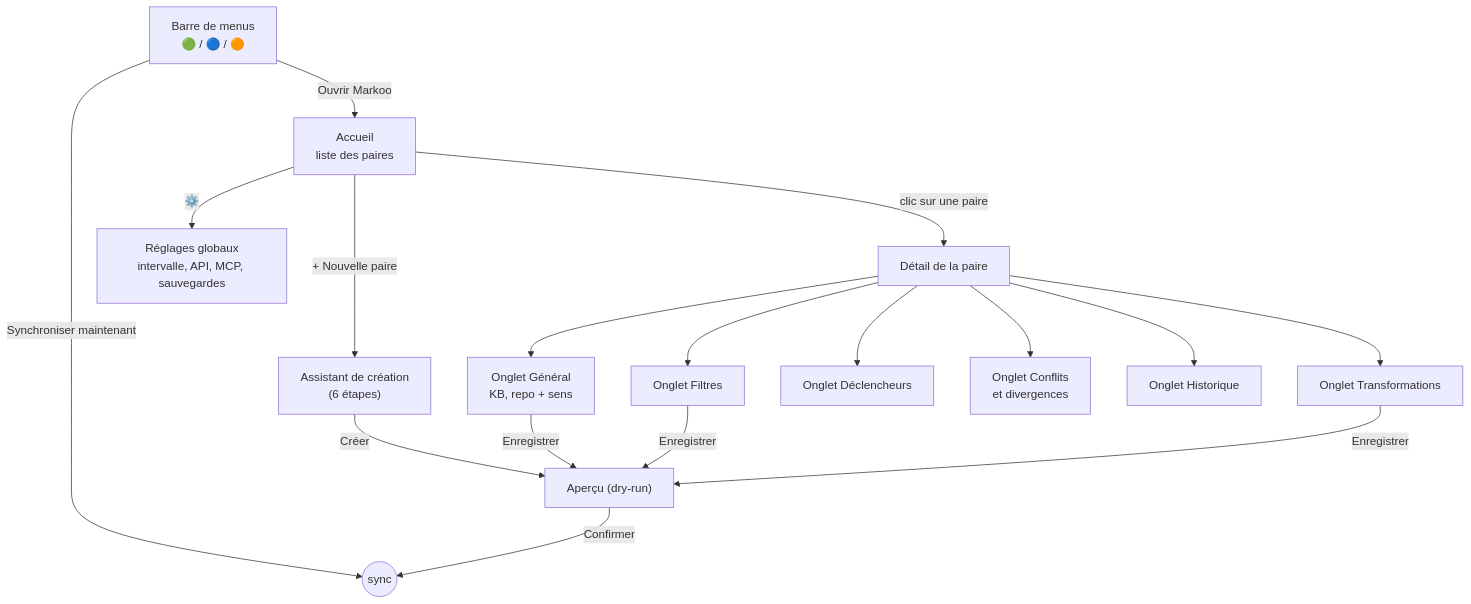
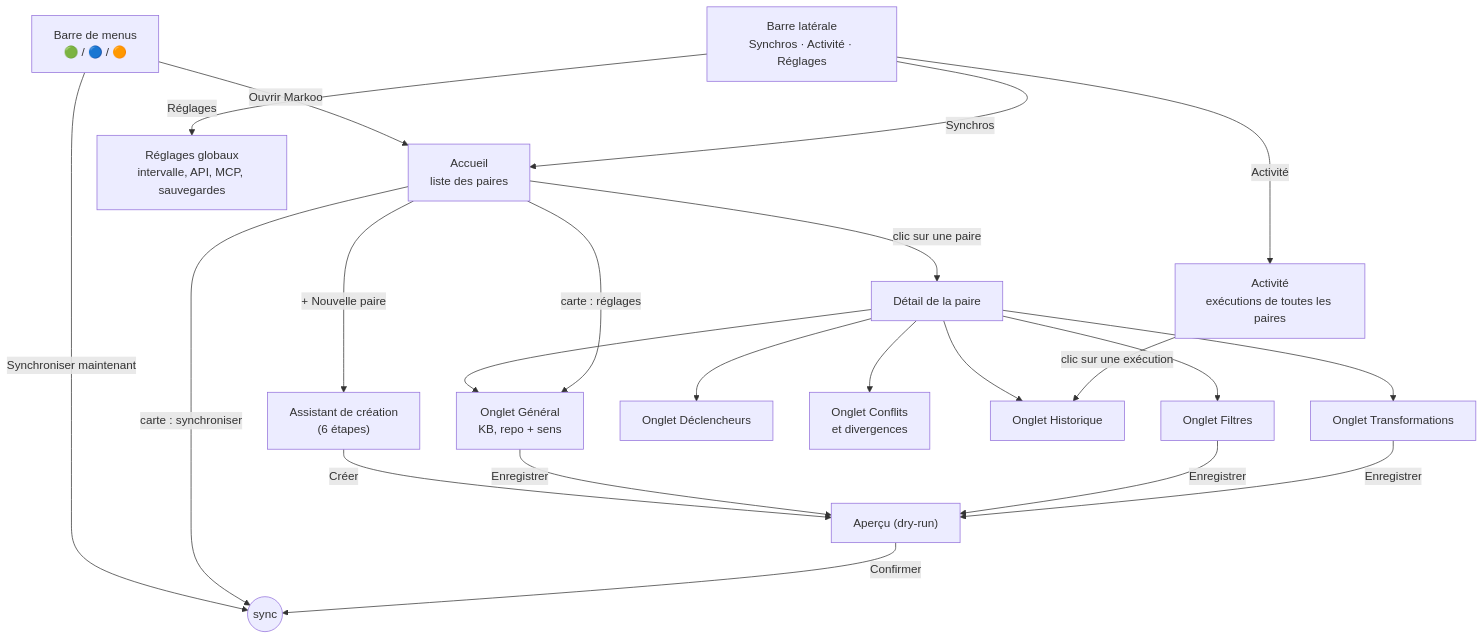
Before and after one commit to studoo-app/markoo: the second of 4 diagrams in documentation/fr/08-interface-de-configuration.md, drawn with Mermaid. The commit also changed other lines of this file and 5 other files, not shown here.

````diff
--- a/documentation/fr/08-interface-de-configuration.md
+++ b/documentation/fr/08-interface-de-configuration.md
@@ -43,17 +43,22 @@
 ```mermaid
 flowchart TD
     MB["Barre de menus<br/>🟢 / 🔵 / 🟠"] -->|Ouvrir Markoo| HOME
     MB -->|Synchroniser maintenant| SYNC((sync))
     HOME["Accueil<br/>liste des paires"] -->|+ Nouvelle paire| WIZ["Assistant de création<br/>(6 étapes)"]
     HOME -->|clic sur une paire| PAIR["Détail de la paire"]
     PAIR --> T1["Onglet Général<br/>KB, repo + sens"]
     PAIR --> T2["Onglet Filtres"]
     PAIR --> T3["Onglet Transformations"]
     PAIR --> T4["Onglet Déclencheurs"]
     PAIR --> T5["Onglet Conflits<br/>et divergences"]
     PAIR --> T6["Onglet Historique"]
-    HOME -->|⚙️| GLOB["Réglages globaux<br/>intervalle, API, MCP, sauvegardes"]
+    SIDE["Barre latérale<br/>Synchros · Activité · Réglages"] -->|Synchros| HOME
+    SIDE -->|Activité| ACT["Activité<br/>exécutions de toutes les paires"]
+    ACT -->|clic sur une exécution| T6
+    SIDE -->|Réglages| GLOB["Réglages globaux<br/>intervalle, API, MCP, sauvegardes"]
+    HOME -->|carte : réglages| T1
+    HOME -->|carte : synchroniser| SYNC
     WIZ -->|Créer| PREV["Aperçu (dry-run)"]
     T1 & T2 & T3 -->|Enregistrer| PREV
     PREV -->|Confirmer| SYNC
 ```
````
